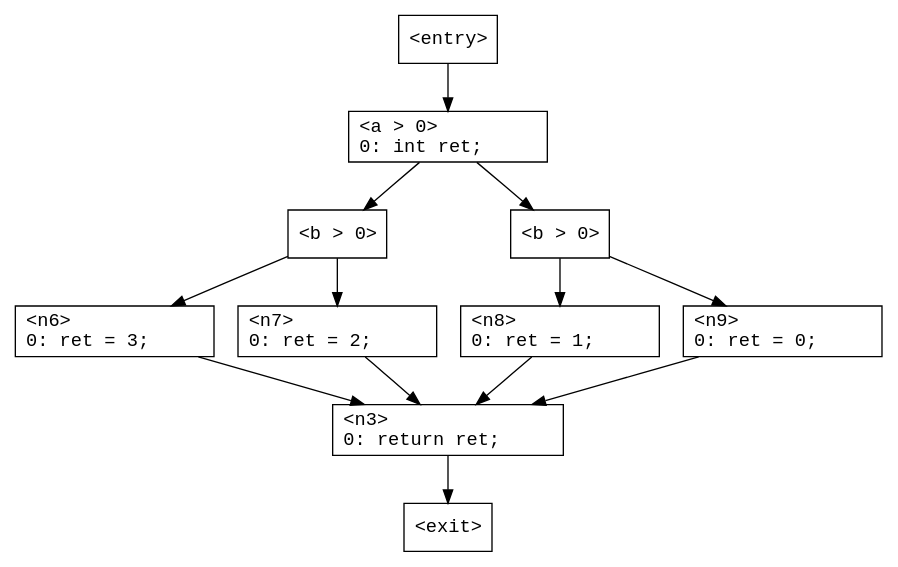
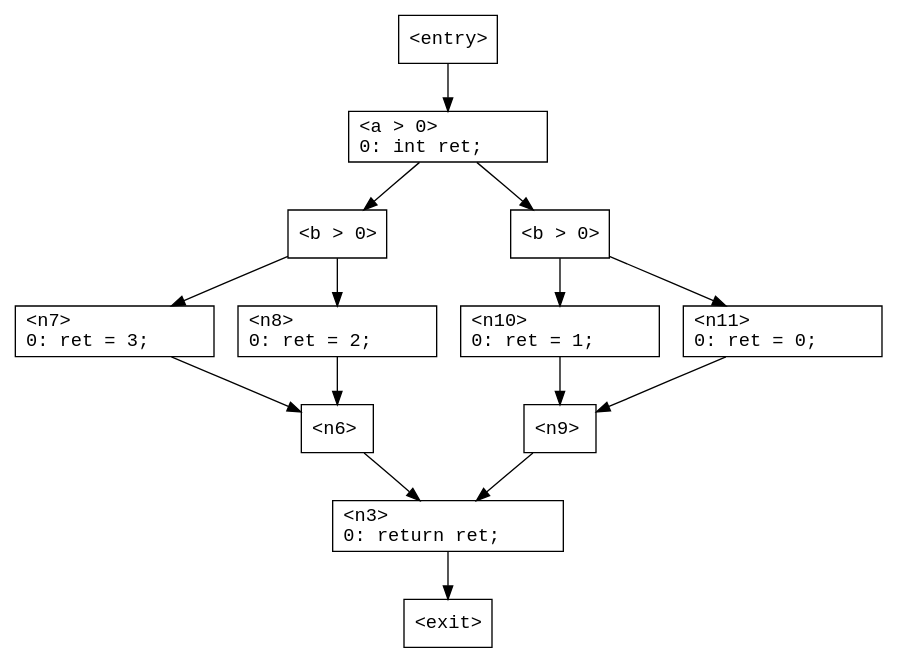
One commit to ashalkhakov/Tarp changed the diagram in TarpTests/Cfg/Data/TestIfNest.gv. Above: the diagram before and after it, drawn with Graphviz. The commit also changed 13 other files, not shown here.

First line of the commit message:
Implement break/continue. Allow temporary 'join' nodes in the graph.

```diff
--- a/TarpTests/Cfg/Data/TestIfNest.gv
+++ b/TarpTests/Cfg/Data/TestIfNest.gv
@@ -1,45 +1,53 @@
 digraph G
 {
     n0 [ shape = "box"
              fontname = "Monospace"
              label = "<entry>\l" ];
       n0 -> n2;
     n1 [ shape = "box"
              fontname = "Monospace"
              label = "<exit>\l" ];
     n2 [ shape = "box"
              fontname = "Monospace"
              label = "<a > 0>\l0:	int ret;\l" ];
       n2 -> n4;
       n2 -> n5;
     n3 [ shape = "box"
              fontname = "Monospace"
              label = "<n3>\l0:	return ret;\l" ];
       n3 -> n1;
     n4 [ shape = "box"
              fontname = "Monospace"
              label = "<b > 0>\l" ];
-      n4 -> n6;
       n4 -> n7;
+      n4 -> n8;
     n5 [ shape = "box"
              fontname = "Monospace"
              label = "<b > 0>\l" ];
-      n5 -> n8;
-      n5 -> n9;
+      n5 -> n10;
+      n5 -> n11;
     n6 [ shape = "box"
              fontname = "Monospace"
-             label = "<n6>\l0:	ret = 3;\l" ];
+             label = "<n6>\l" ];
       n6 -> n3;
     n7 [ shape = "box"
              fontname = "Monospace"
-             label = "<n7>\l0:	ret = 2;\l" ];
-      n7 -> n3;
+             label = "<n7>\l0:	ret = 3;\l" ];
+      n7 -> n6;
     n8 [ shape = "box"
              fontname = "Monospace"
-             label = "<n8>\l0:	ret = 1;\l" ];
-      n8 -> n3;
+             label = "<n8>\l0:	ret = 2;\l" ];
+      n8 -> n6;
     n9 [ shape = "box"
              fontname = "Monospace"
-             label = "<n9>\l0:	ret = 0;\l" ];
+             label = "<n9>\l" ];
       n9 -> n3;
+    n10 [ shape = "box"
+             fontname = "Monospace"
+             label = "<n10>\l0:	ret = 1;\l" ];
+      n10 -> n9;
+    n11 [ shape = "box"
+             fontname = "Monospace"
+             label = "<n11>\l0:	ret = 0;\l" ];
+      n11 -> n9;
 }
```
